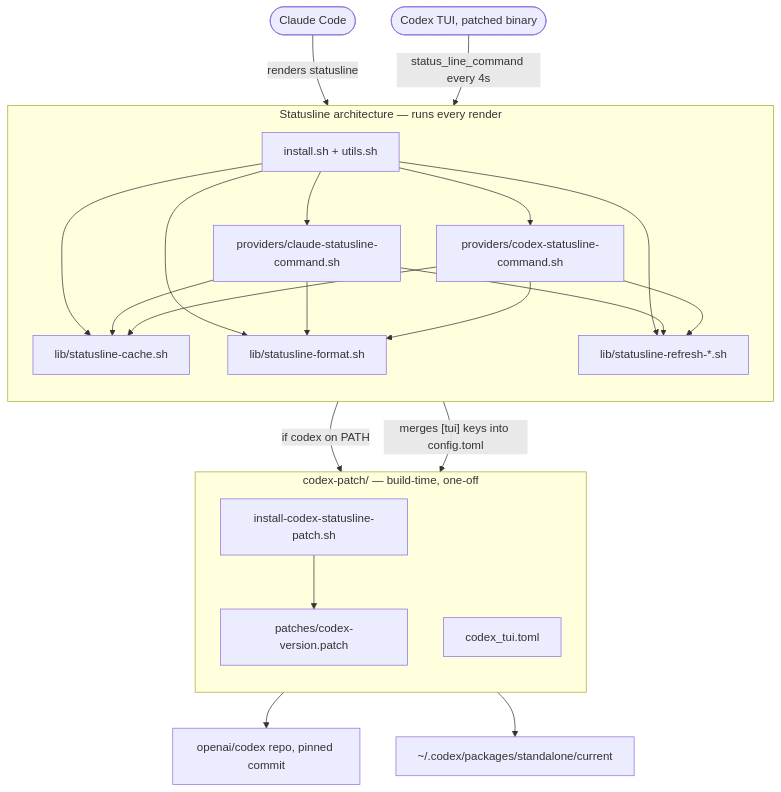
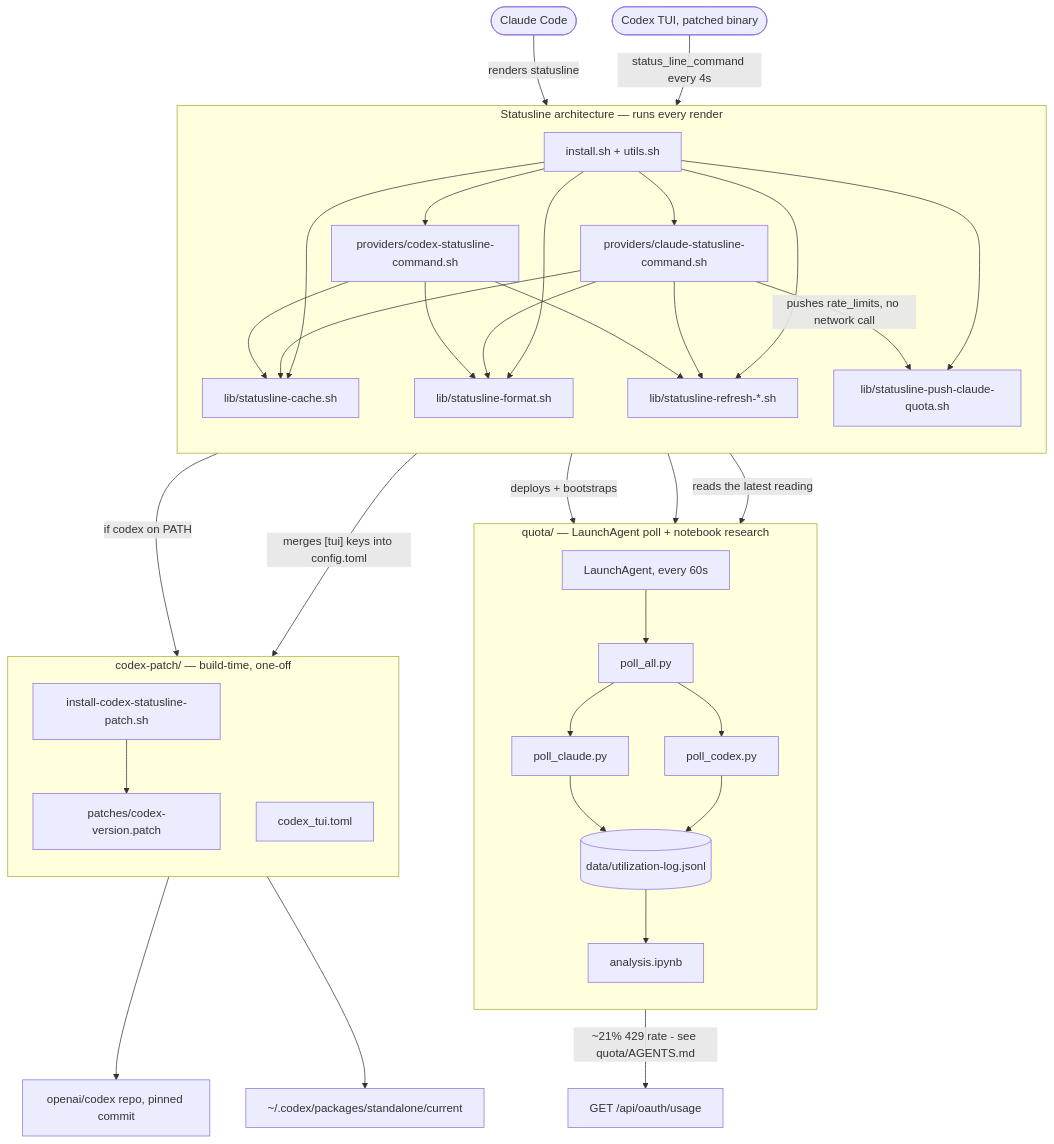
Before and after one commit to JeanLescutMuller/agent-statusline: the diagram in README.md, drawn with Mermaid. The commit also changed other lines of this file and 4 other files, not shown here.

````diff
--- a/README.md
+++ b/README.md
@@ -35,46 +45,71 @@
 ```mermaid
 flowchart TB
     subgraph arch["Statusline architecture — runs every render"]
         direction TB
         installsh["install.sh + utils.sh"]
         libcache["lib/statusline-cache.sh"]
         libformat["lib/statusline-format.sh"]
         librefresh["lib/statusline-refresh-*.sh"]
+        libpush["lib/statusline-push-claude-quota.sh"]
         provclaude["providers/claude-statusline-command.sh"]
         provcodex["providers/codex-statusline-command.sh"]
+    end
+
+    subgraph quota["quota/ — LaunchAgent poll + notebook research"]
+        direction TB
+        quotalaunchd["LaunchAgent, every 60s"]
+        pollall["poll_all.py"]
+        pollclaude["poll_claude.py"]
+        pollcodex["poll_codex.py"]
+        sharedlog[("data/utilization-log.jsonl")]
+        notebook["analysis.ipynb"]
     end
 
     subgraph patch["codex-patch/ — build-time, one-off"]
         direction TB
         patchinstall["install-codex-statusline-patch.sh"]
         patchfiles["patches/codex-version.patch"]
         patchtoml["codex_tui.toml"]
     end
 
     upstream["openai/codex repo, pinned commit"]
     codexbin["~/.codex/packages/standalone/current"]
     claudecode(["Claude Code"])
     codextui(["Codex TUI, patched binary"])
+    anthropicusage["GET /api/oauth/usage"]
 
     installsh --> libcache
     installsh --> libformat
     installsh --> librefresh
+    installsh --> libpush
     installsh --> provclaude
     installsh --> provcodex
+    installsh -->|"deploys + bootstraps"| quotalaunchd
     installsh -->|"if codex on PATH"| patchinstall
     installsh -->|"merges [tui] keys into config.toml"| patchtoml
 
     patchinstall --> patchfiles
     patchinstall --> upstream
     patchinstall --> codexbin
 
     provclaude --> libcache
     provclaude --> libformat
     provclaude --> librefresh
+    provclaude -->|"pushes rate_limits, no network call"| libpush
     provcodex --> libcache
     provcodex --> libformat
     provcodex --> librefresh
 
+    libpush --> sharedlog
+    librefresh -->|"reads the latest reading"| sharedlog
+    quotalaunchd --> pollall
+    pollall --> pollclaude
+    pollall --> pollcodex
+    pollclaude -->|"~21% 429 rate - see quota/AGENTS.md"| anthropicusage
+    pollclaude --> sharedlog
+    pollcodex --> sharedlog
+    sharedlog --> notebook
+
     claudecode -->|"renders statusline"| provclaude
     codextui -->|"status_line_command every 4s"| provcodex
 ```
````
